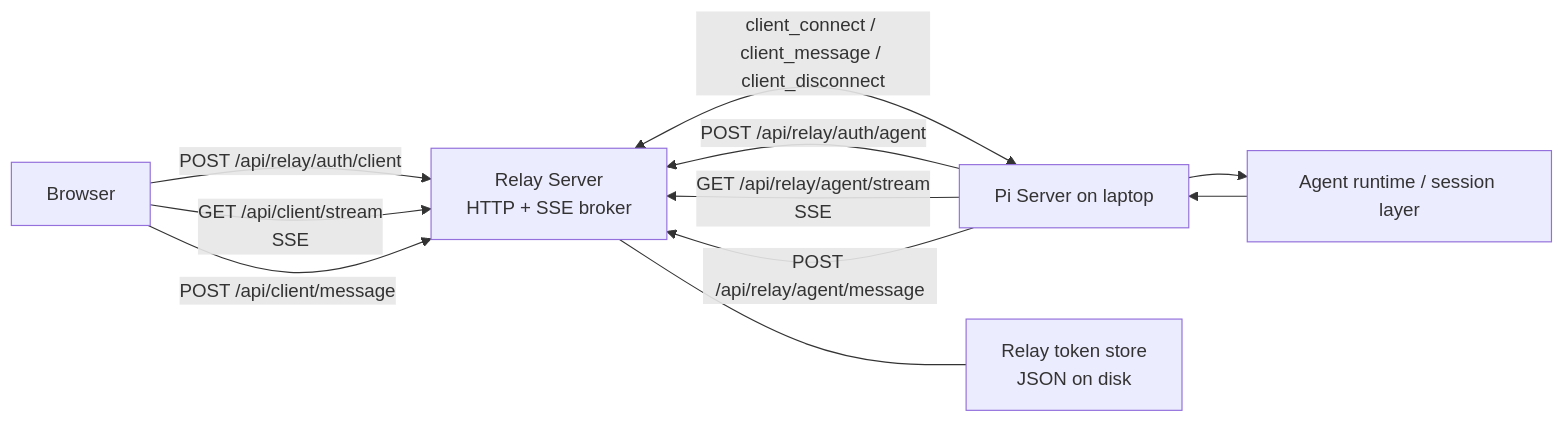
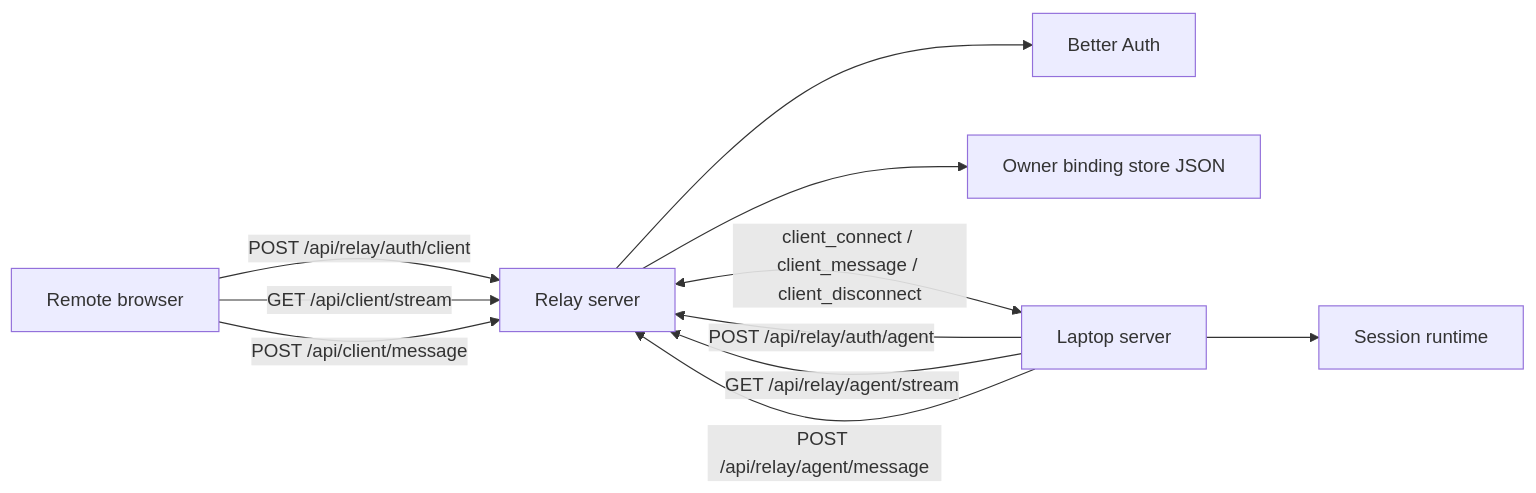
Before and after one commit to MuzzammilRafiq/apreal: the diagram in docs/relay-server-architecture/README.md, drawn with Mermaid. The commit also changed other lines of this file and 11 other files, not shown here.

````diff
--- a/docs/relay-server-architecture/README.md
+++ b/docs/relay-server-architecture/README.md
@@ -38,19 +43,20 @@
 ```mermaid
 flowchart LR
-    Browser[Browser]
-    Relay[Relay Server\nHTTP + SSE broker]
-    Pi[Pi Server on laptop]
-    Agent[Agent runtime / session layer]
-    Store[Relay token store\nJSON on disk]
+    Browser[Remote browser]
+    Relay[Relay server]
+    BetterAuth[Better Auth]
+    Store[Owner binding store JSON]
+    Server[Laptop server]
+    Agent[Session runtime]
 
     Browser -->|POST /api/relay/auth/client| Relay
-    Browser -->|GET /api/client/stream\nSSE| Relay
+    Browser -->|GET /api/client/stream| Relay
     Browser -->|POST /api/client/message| Relay
-    Pi -->|POST /api/relay/auth/agent| Relay
-    Pi -->|GET /api/relay/agent/stream\nSSE| Relay
-    Pi -->|POST /api/relay/agent/message| Relay
-    Relay <-->|client_connect / client_message / client_disconnect| Pi
-    Pi --> Agent
-    Agent --> Pi
-    Relay --- Store
+    Relay --> BetterAuth
+    Relay --> Store
+    Server -->|POST /api/relay/auth/agent| Relay
+    Server -->|GET /api/relay/agent/stream| Relay
+    Server -->|POST /api/relay/agent/message| Relay
+    Relay <-->|client_connect / client_message / client_disconnect| Server
+    Server --> Agent
 ```
````
